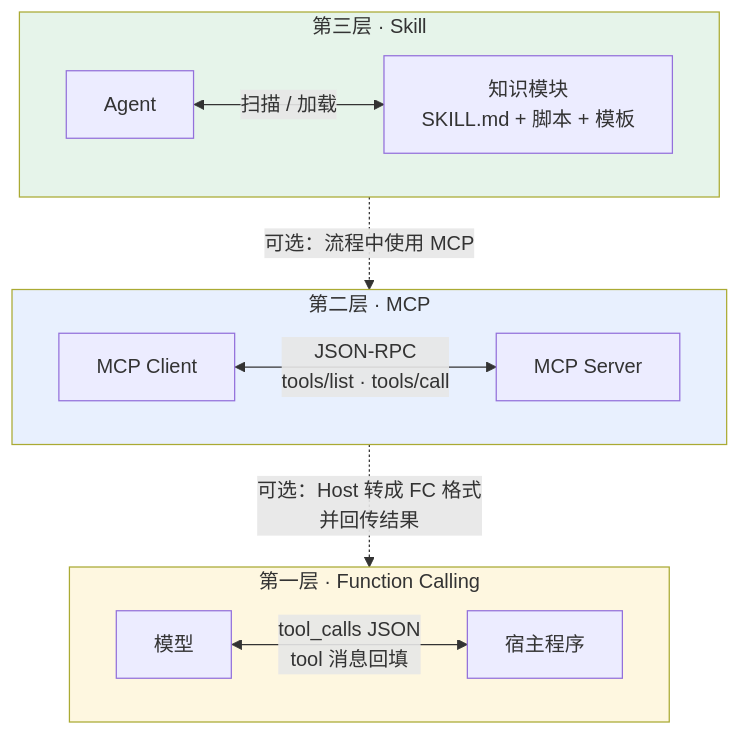
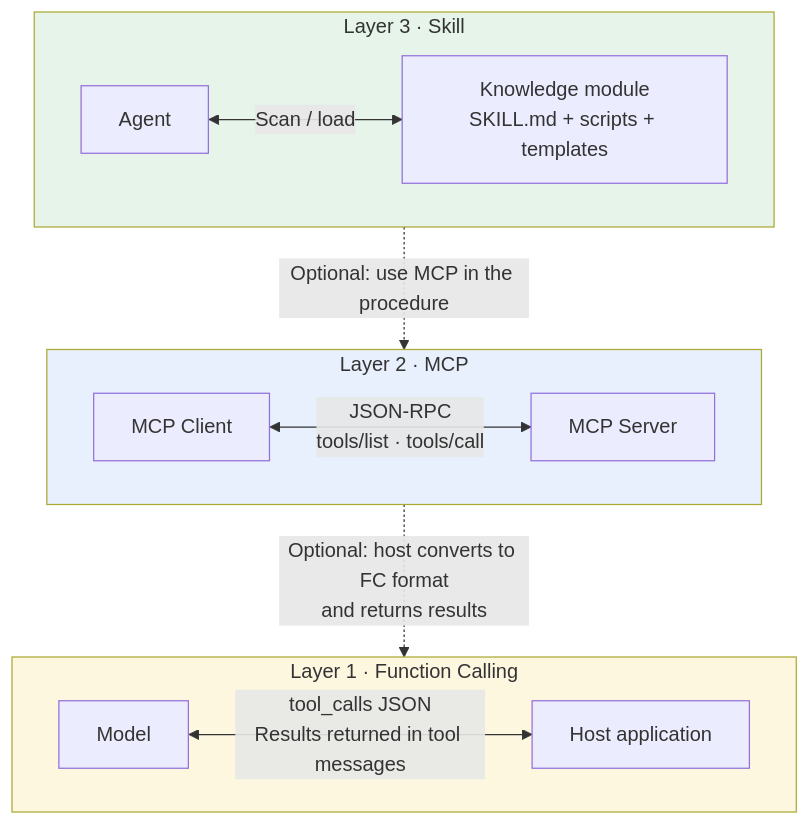
One commit to oneleaveknowsthefall/awesome-ai-roadmap changed the second of 4 diagrams in docs/tools/03-skills/10-fc-skill-mcp.md. Above: the diagram before and after it, drawn with Mermaid. The commit also changed other lines of this file and 42 other files, not shown here.

````diff
--- a/docs/tools/03-skills/10-fc-skill-mcp.md
+++ b/docs/tools/03-skills/10-fc-skill-mcp.md
@@ -41,24 +41,24 @@
 ```mermaid
 flowchart TB
-    subgraph L3["第三层 · Skill"]
+    subgraph L3["Layer 3 · Skill"]
         direction LR
-        AGENT[Agent] <-->|"扫描 / 加载"| KM["知识模块<br/>SKILL.md + 脚本 + 模板"]
+        AGENT[Agent] <-->|"Scan / load"| KM["Knowledge module<br/>SKILL.md + scripts + templates"]
     end
 
-    subgraph L2["第二层 · MCP"]
+    subgraph L2["Layer 2 · MCP"]
         direction LR
         CLIENT[MCP Client] <-->|"JSON-RPC<br/>tools/list · tools/call"| SERVER[MCP Server]
     end
 
-    subgraph L1["第一层 · Function Calling"]
+    subgraph L1["Layer 1 · Function Calling"]
         direction LR
-        MODEL[模型] <-->|"tool_calls JSON<br/>tool 消息回填"| HOST[宿主程序]
+        MODEL[Model] <-->|"tool_calls JSON<br/>Results returned in tool messages"| HOST[Host application]
     end
 
-    L3 -.->|"可选：流程中使用 MCP"| L2
-    L2 -.->|"可选：Host 转成 FC 格式<br/>并回传结果"| L1
+    L3 -.->|"Optional: use MCP in the procedure"| L2
+    L2 -.->|"Optional: host converts to FC format<br/>and returns results"| L1
 
     style L3 fill:#e6f4ea
     style L2 fill:#e8f0fe
     style L1 fill:#fef7e0
 ```
````
